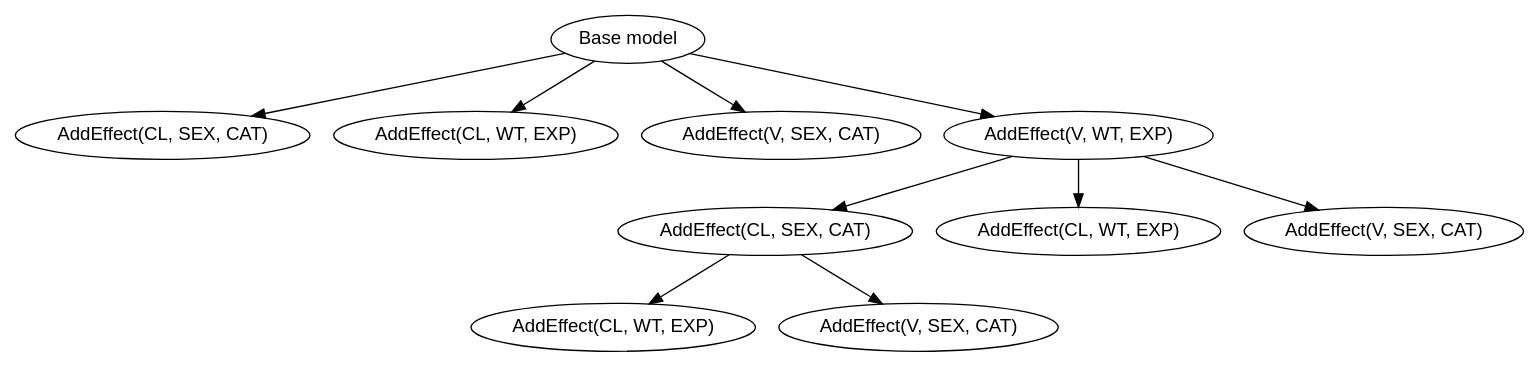
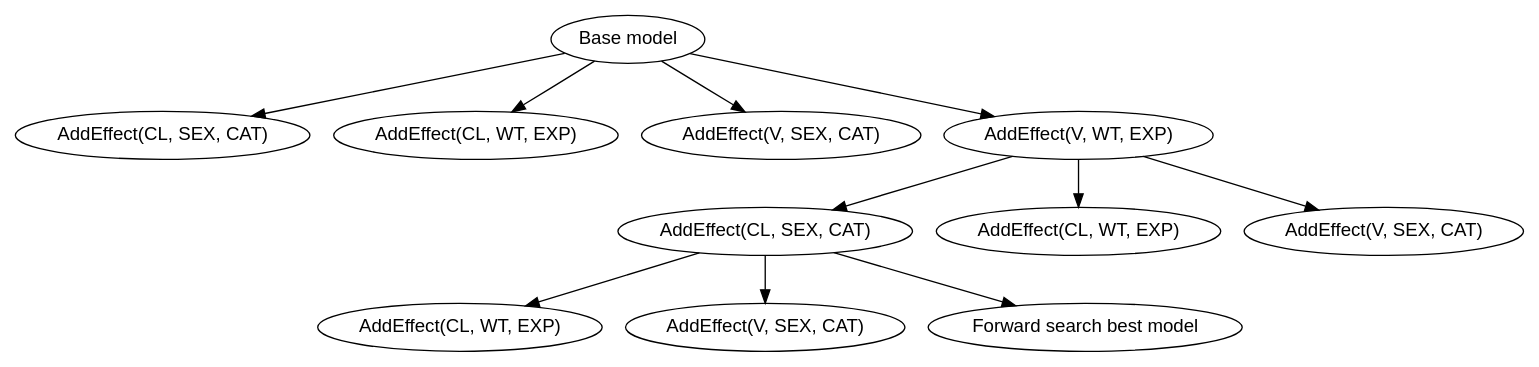
Before and after one commit to pharmpy/pharmpy.github.io: the second of 2 diagrams in latest/_static/covsearch.rst, drawn with Graphviz. The commit also changed other lines of this file and 380 other files, not shown here.

```diff
--- a/latest/_static/covsearch.rst
+++ b/latest/_static/covsearch.rst
@@ -229,25 +233,27 @@
 .. graphviz::
 
     digraph BST {
             node [fontname="Arial"];
             base [label="Base model"]
             s0 [label="AddEffect(CL, SEX, CAT)"]
             s1 [label="AddEffect(CL, WT, EXP)"]
             s2 [label="AddEffect(V, SEX, CAT)"]
             s3 [label="AddEffect(V, WT, EXP)"]
             s4 [label="AddEffect(CL, SEX, CAT)"]
             s5 [label="AddEffect(CL, WT, EXP)"]
             s6 [label="AddEffect(V, SEX, CAT)"]
             s7 [label="AddEffect(CL, WT, EXP)"]
             s8 [label="AddEffect(V, SEX, CAT)"]
+            s9 [label="Forward search best model"]
 
             base -> s0
             base -> s1
             base -> s2
             base -> s3
             s3 -> s4
             s3 -> s5
             s3 -> s6
             s4 -> s7
             s4 -> s8
+            s4 -> s9
         }
```
